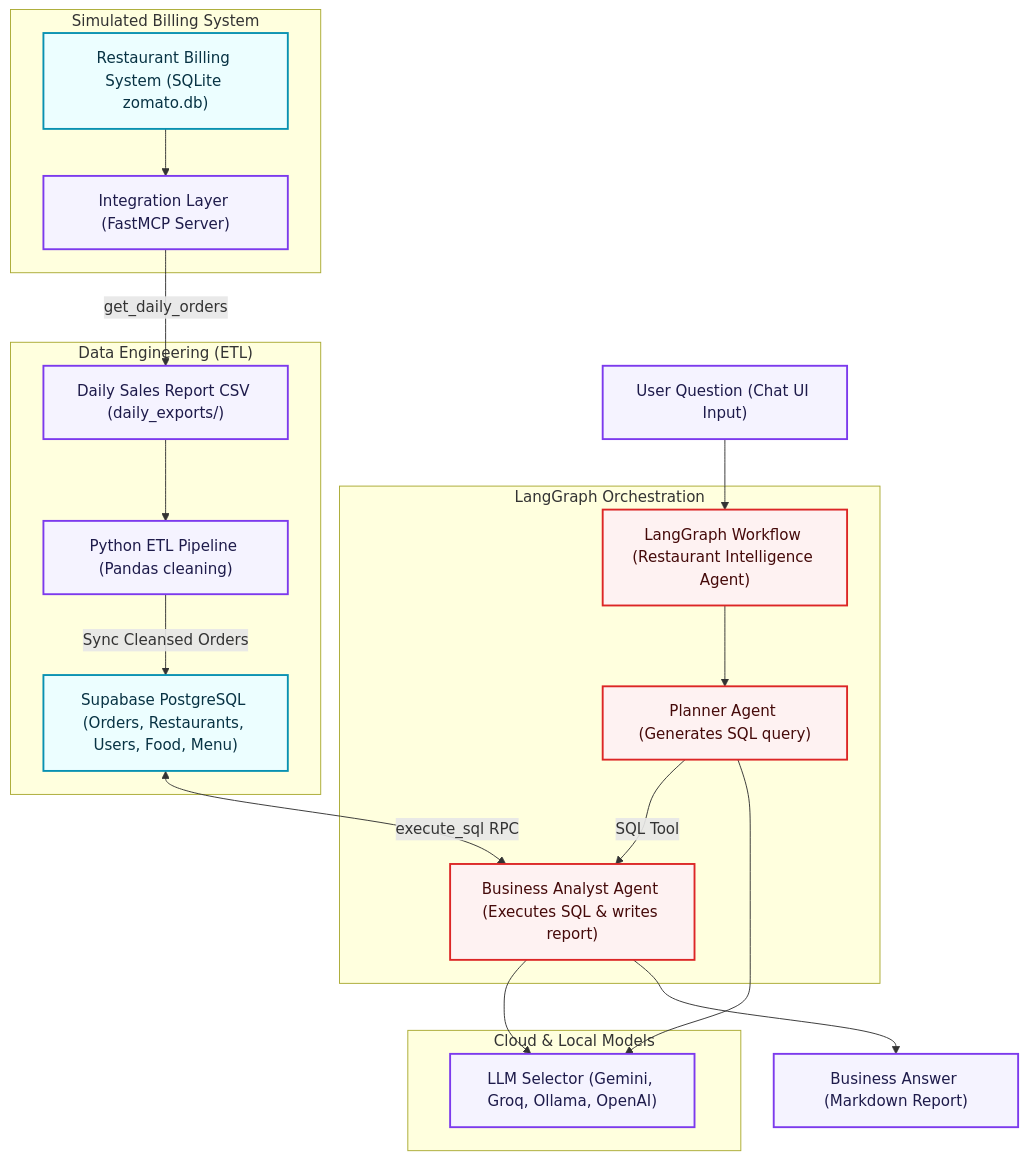
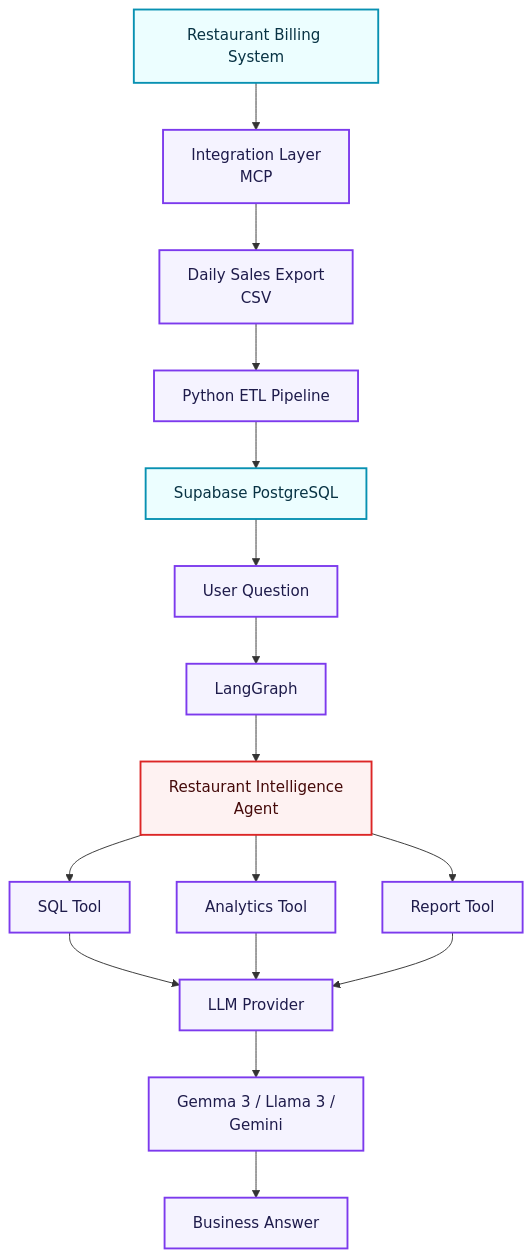
One commit to Himayaomnex/ZomatoOrders changed the diagram in README.md. Above: the diagram before and after it, drawn with Mermaid.

Commit message:
README.md

````diff
--- a/README.md
+++ b/README.md
@@ -11,42 +11,37 @@
 ```mermaid
 graph TD
     classDef box fill:#f5f3ff,stroke:#7c3aed,stroke-width:2px,color:#1e1b4b;
     classDef db fill:#ecfeff,stroke:#0891b2,stroke-width:2px,color:#083344;
     classDef agent fill:#fef2f2,stroke:#dc2626,stroke-width:2px,color:#450a0a;
 
-    subgraph "Simulated Billing System"
-        RBS["Restaurant Billing System (SQLite zomato.db)"]:::db
-        MCP["Integration Layer (FastMCP Server)"]:::box
-        RBS --> MCP
-    end
+    N1["Restaurant Billing System"]:::db
+    N2["Integration Layer<br>MCP"]:::box
+    N3["Daily Sales Export<br>CSV"]:::box
+    N4["Python ETL Pipeline"]:::box
+    N5["Supabase PostgreSQL"]:::db
+    N6["User Question"]:::box
+    N7["LangGraph"]:::box
+    N8["Restaurant Intelligence<br>Agent"]:::agent
+    T1["SQL Tool"]:::box
+    T2["Analytics Tool"]:::box
+    T3["Report Tool"]:::box
+    N9["LLM Provider"]:::box
+    N10["Gemma 3 / Llama 3 /<br>Gemini"]:::box
+    N11["Business Answer"]:::box
 
-    MCP -->|get_daily_orders| CSV["Daily Sales Report CSV (daily_exports/)"]:::box
-
-    subgraph "Data Engineering (ETL)"
-        ETL["Python ETL Pipeline (Pandas cleaning)"]:::box
-        CSV --> ETL
-        Supabase["Supabase PostgreSQL (Orders, Restaurants, Users, Food, Menu)"]:::db
-        ETL -->|Sync Cleansed Orders| Supabase
-    end
-
-    Input["User Question (Chat UI Input)"]:::box
-    Input --> Graph
-
-    subgraph "LangGraph Orchestration"
-        Graph["LangGraph Workflow (Restaurant Intelligence Agent)"]:::agent
-        Planner["Planner Agent (Generates SQL query)"]:::agent
-        BA["Business Analyst Agent (Executes SQL & writes report)"]:::agent
-        
-        Graph --> Planner
-        Planner -->|SQL Tool| BA
-    end
-
-    Supabase <-->|execute_sql RPC| BA
-
-    subgraph "Cloud & Local Models"
-        BA --> Models["LLM Selector (Gemini, Groq, Ollama, OpenAI)"]:::box
-        Planner --> Models
-    end
-
-    BA --> Output["Business Answer (Markdown Report)"]:::box
+    N1 --> N2
+    N2 --> N3
+    N3 --> N4
+    N4 --> N5
+    N5 --> N6
+    N6 --> N7
+    N7 --> N8
+    N8 --> T1
+    N8 --> T2
+    N8 --> T3
+    T1 --> N9
+    T2 --> N9
+    T3 --> N9
+    N9 --> N10
+    N10 --> N11
 ```
````
